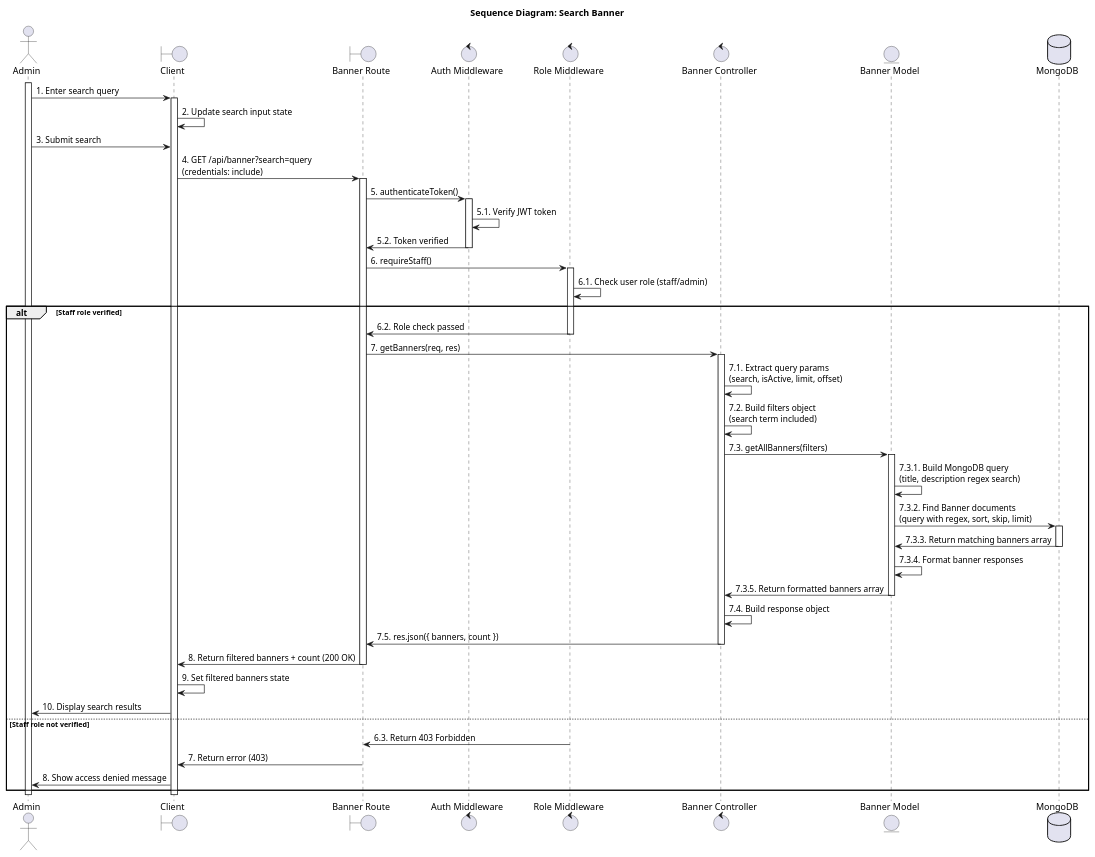
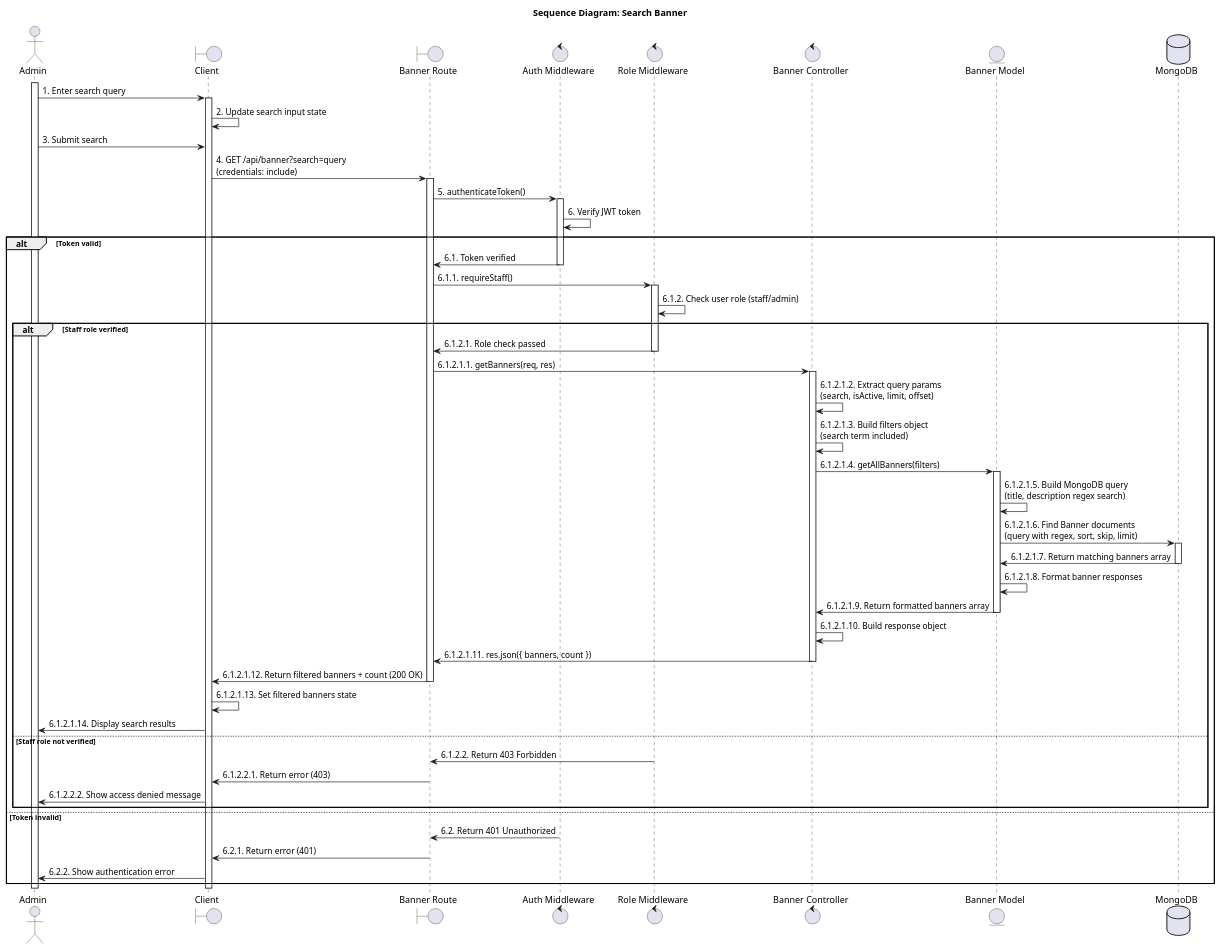
The ninth of 10 diagrams in SEQUENCE_DIAGRAMS_UC.md (SvnFrs/re-oldvibes), drawn with PlantUML before and after one commit. The commit also changed other lines of this file, not shown here.

````diff
--- a/SEQUENCE_DIAGRAMS_UC.md
+++ b/SEQUENCE_DIAGRAMS_UC.md
@@ -751,63 +939,71 @@
 ```plantuml
 @startuml Search Banner
 title Sequence Diagram: Search Banner
 
 actor Admin
 boundary "Client" as Client
 boundary "Banner Route" as Route
 control "Auth Middleware" as AuthMiddleware
 control "Role Middleware" as RoleMiddleware
 control "Banner Controller" as Controller
 entity "Banner Model" as Model
 database "MongoDB" as Database
 
 activate Admin
 Admin -> Client : 1. Enter search query
 activate Client
 Client -> Client : 2. Update search input state
 Admin -> Client : 3. Submit search
 Client -> Route : 4. GET /api/banner?search=query\n(credentials: include)
 activate Route
 Route -> AuthMiddleware : 5. authenticateToken()
 activate AuthMiddleware
-AuthMiddleware -> AuthMiddleware : 5.1. Verify JWT token
-AuthMiddleware -> Route : 5.2. Token verified
-deactivate AuthMiddleware
-Route -> RoleMiddleware : 6. requireStaff()
-activate RoleMiddleware
-RoleMiddleware -> RoleMiddleware : 6.1. Check user role (staff/admin)
-alt Staff role verified
-    RoleMiddleware -> Route : 6.2. Role check passed
-    deactivate RoleMiddleware
-    Route -> Controller : 7. getBanners(req, res)
-    activate Controller
-    Controller -> Controller : 7.1. Extract query params\n(search, isActive, limit, offset)
-    Controller -> Controller : 7.2. Build filters object\n(search term included)
-    Controller -> Model : 7.3. getAllBanners(filters)
-    activate Model
-    Model -> Model : 7.3.1. Build MongoDB query\n(title, description regex search)
-    Model -> Database : 7.3.2. Find Banner documents\n(query with regex, sort, skip, limit)
-    activate Database
-    Database -> Model : 7.3.3. Return matching banners array
-    deactivate Database
-    Model -> Model : 7.3.4. Format banner responses
-    Model -> Controller : 7.3.5. Return formatted banners array
-    deactivate Model
-    Controller -> Controller : 7.4. Build response object
-    Controller -> Route : 7.5. res.json({ banners, count })
-    deactivate Controller
-    Route -> Client : 8. Return filtered banners + count (200 OK)
+AuthMiddleware -> AuthMiddleware : 6. Verify JWT token
+alt Token valid
+    AuthMiddleware -> Route : 6.1. Token verified
+    deactivate AuthMiddleware
+    Route -> RoleMiddleware : 6.1.1. requireStaff()
+    activate RoleMiddleware
+    RoleMiddleware -> RoleMiddleware : 6.1.2. Check user role (staff/admin)
+    alt Staff role verified
+        RoleMiddleware -> Route : 6.1.2.1. Role check passed
+        deactivate RoleMiddleware
+        Route -> Controller : 6.1.2.1.1. getBanners(req, res)
+        activate Controller
+        Controller -> Controller : 6.1.2.1.2. Extract query params\n(search, isActive, limit, offset)
+        Controller -> Controller : 6.1.2.1.3. Build filters object\n(search term included)
+        Controller -> Model : 6.1.2.1.4. getAllBanners(filters)
+        activate Model
+        Model -> Model : 6.1.2.1.5. Build MongoDB query\n(title, description regex search)
+        Model -> Database : 6.1.2.1.6. Find Banner documents\n(query with regex, sort, skip, limit)
+        activate Database
+        Database -> Model : 6.1.2.1.7. Return matching banners array
+        deactivate Database
+        Model -> Model : 6.1.2.1.8. Format banner responses
+        Model -> Controller : 6.1.2.1.9. Return formatted banners array
+        deactivate Model
+        Controller -> Controller : 6.1.2.1.10. Build response object
+        Controller -> Route : 6.1.2.1.11. res.json({ banners, count })
+        deactivate Controller
+        Route -> Client : 6.1.2.1.12. Return filtered banners + count (200 OK)
+        deactivate Route
+        Client -> Client : 6.1.2.1.13. Set filtered banners state
+        Client -> Admin : 6.1.2.1.14. Display search results
+    else Staff role not verified
+        RoleMiddleware -> Route : 6.1.2.2. Return 403 Forbidden
+        deactivate RoleMiddleware
+        Route -> Client : 6.1.2.2.1. Return error (403)
+        deactivate Route
+        Client -> Admin : 6.1.2.2.2. Show access denied message
+    end
+else Token invalid
+    AuthMiddleware -> Route : 6.2. Return 401 Unauthorized
+    deactivate AuthMiddleware
+    Route -> Client : 6.2.1. Return error (401)
     deactivate Route
-    Client -> Client : 9. Set filtered banners state
-    Client -> Admin : 10. Display search results
-else Staff role not verified
-    RoleMiddleware -> Route : 6.3. Return 403 Forbidden
-    deactivate RoleMiddleware
-    Route -> Client : 7. Return error (403)
-    deactivate Route
-    Client -> Admin : 8. Show access denied message
+    Client -> Admin : 6.2.2. Show authentication error
 end
 deactivate Client
 deactivate Admin
 @enduml
 ```
````
